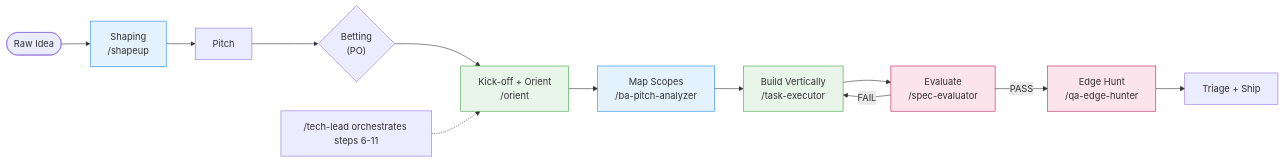
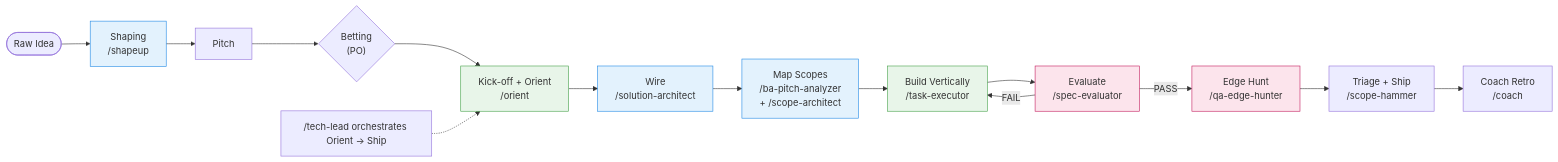
The diagram in README.md (nguyenvanphituoc/shapeup-sdlc-plugin), drawn with Mermaid before and after one commit. The commit also changed other lines of this file, not shown here.

````diff
--- a/README.md
+++ b/README.md
@@ -158,21 +158,23 @@
 ```mermaid
 graph LR
     A([Raw Idea]) --> S["Shaping<br>/shapeup"]
     S --> P["Pitch"]
     P --> BET{"Betting<br>(PO)"}
     BET --> KO["Kick-off + Orient<br>/orient"]
-    KO --> MAP["Map Scopes<br>/ba-pitch-analyzer"]
+    KO --> WIRE["Wire<br>/solution-architect"]
+    WIRE --> MAP["Map Scopes<br>/ba-pitch-analyzer<br>+ /scope-architect"]
     MAP --> BUILD["Build Vertically<br>/task-executor"]
     BUILD --> EVAL["Evaluate<br>/spec-evaluator"]
     EVAL -- FAIL --> BUILD
     EVAL -- PASS --> QA["Edge Hunt<br>/qa-edge-hunter"]
-    QA --> SHIP["Triage + Ship"]
-    TL["/tech-lead orchestrates steps 6-11"] -.-> KO
+    QA --> SHIP["Triage + Ship<br>/scope-hammer"]
+    SHIP --> RETRO["Coach Retro<br>/coach"]
+    TL["/tech-lead orchestrates Orient → Ship"] -.-> KO
 
     classDef plan fill:#e3f2fd,stroke:#1e88e5;
     classDef build fill:#e8f5e9,stroke:#43a047;
     classDef qa fill:#fce4ec,stroke:#c2185b;
-    class S,MAP plan;
+    class S,WIRE,MAP plan;
     class KO,BUILD build;
     class QA,EVAL qa;
 ```
````
